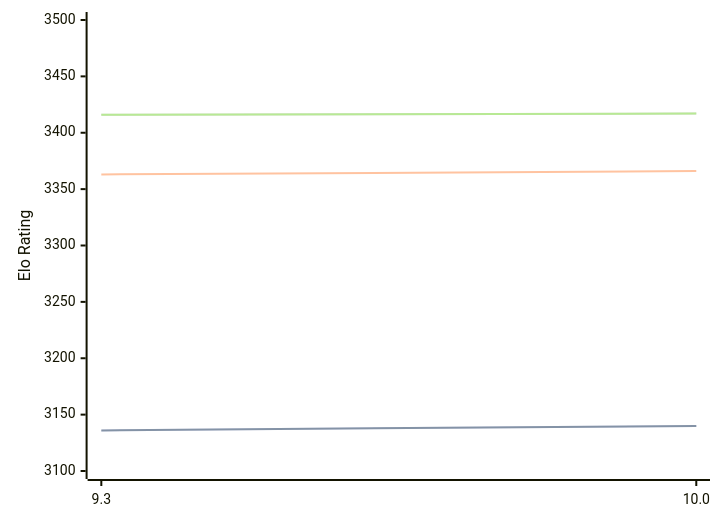
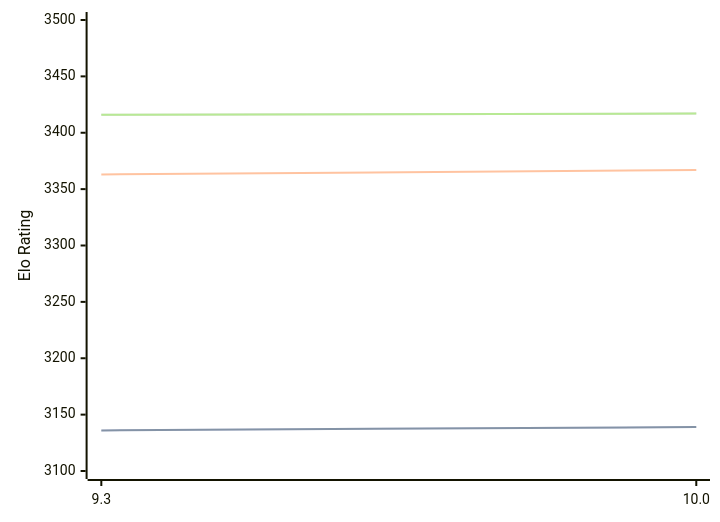
The diagram in engines/Fire.md (computer-chess-index/cci), drawn with Mermaid before and after one commit. The commit also changed other lines of this file, not shown here.

````diff
--- a/engines/Fire.md
+++ b/engines/Fire.md
@@ -47,11 +47,11 @@
 ```mermaid
 %%{init: {"theme":"base","themeVariables":{"seriesColors:['#a3a3a3','#222221','#faa371']}}}%%
 xychart-beta
   x-axis ["9.3", "10.0"]
   y-axis "Elo Rating" 3100 --> 3500
-  line "STC (8.0+0.08s)" [3136, 3140]
-  line "STC (8.0+0.08s)" [3136, 3140]
-  line "LTC (60.0+0.60s)" [3363, 3366]
+  line "STC (8.0+0.08s)" [3136, 3139]
+  line "STC (8.0+0.08s)" [3136, 3139]
+  line "LTC (60.0+0.60s)" [3363, 3367]
   line "VLTC (2m24s+1.12s)" [3416, 3417]
   line "VLTC (2m24s+1.12s)" [3416, 3417]
 ```
````
